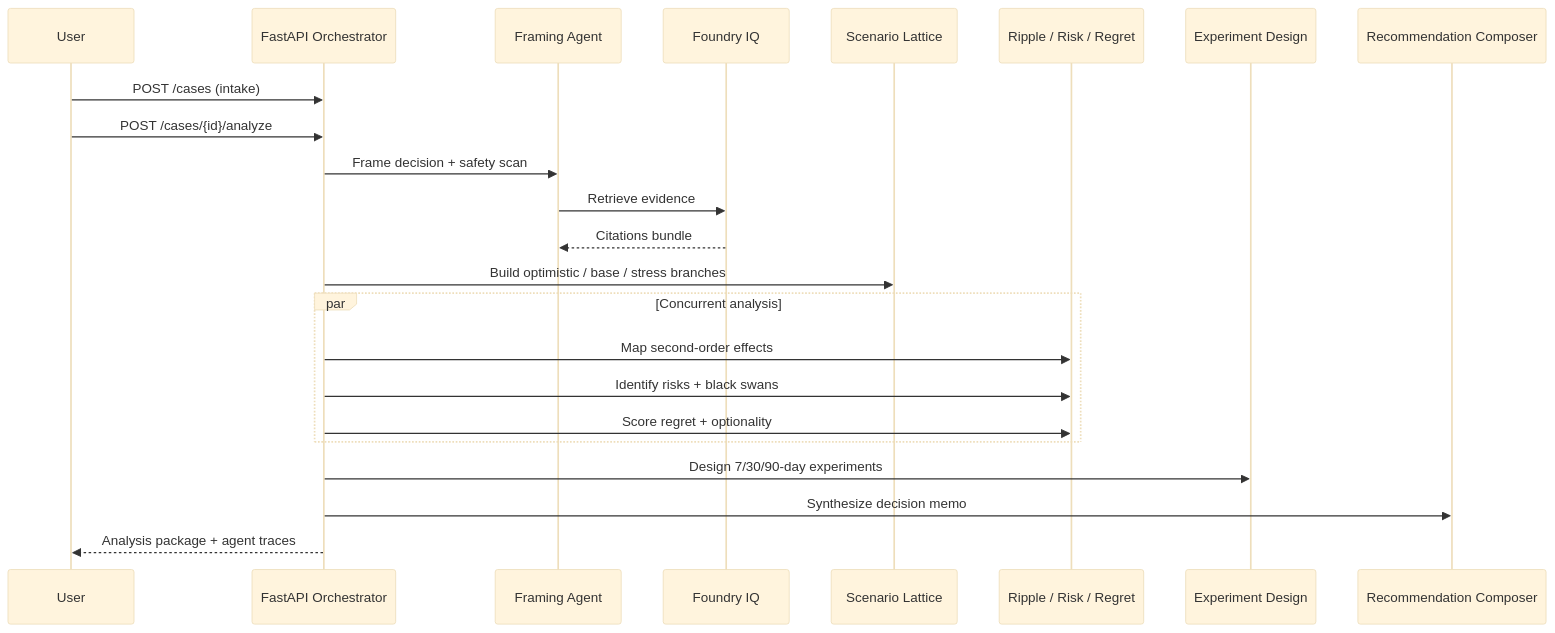
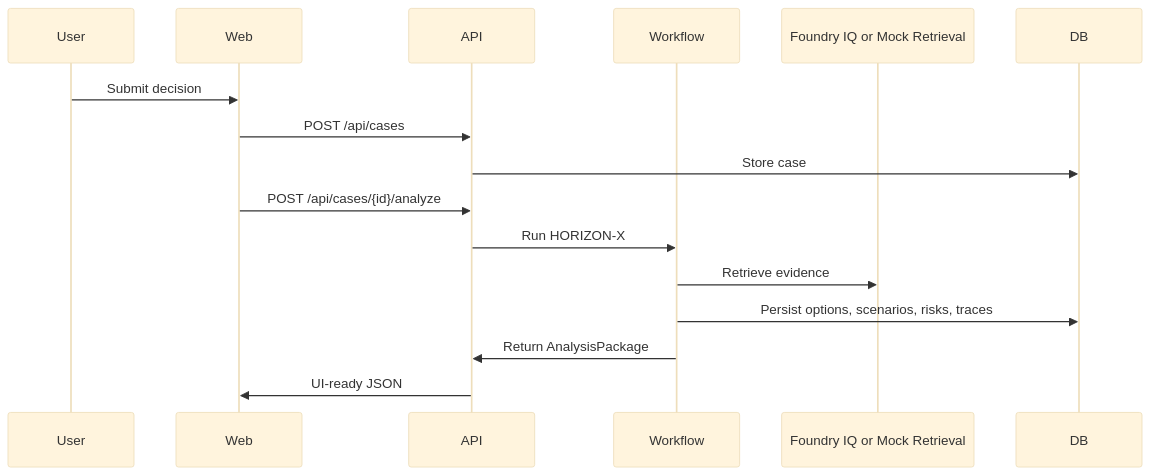
Before and after one commit to mehulnikumbh19/hxrizxn-ai: the diagram in docs/architecture.md, drawn with Mermaid (base theme). The commit also changed other lines of this file and 95 other files, not shown here.

````diff
--- a/docs/architecture.md
+++ b/docs/architecture.md
@@ -39,26 +16,18 @@
 ```mermaid
 sequenceDiagram
-    participant User
-    participant API as FastAPI Orchestrator
-    participant Frame as Framing Agent
-    participant IQ as Foundry IQ
-    participant Scenarios as Scenario Lattice
-    participant Ripple as Ripple / Risk / Regret
-    participant Exp as Experiment Design
-    participant Composer as Recommendation Composer
-
-    User->>API: POST /cases (intake)
-    User->>API: POST /cases/{id}/analyze
-    API->>Frame: Frame decision + safety scan
-    Frame->>IQ: Retrieve evidence
-    IQ-->>Frame: Citations bundle
-    API->>Scenarios: Build optimistic / base / stress branches
-    par Concurrent analysis
-        API->>Ripple: Map second-order effects
-        API->>Ripple: Identify risks + black swans
-        API->>Ripple: Score regret + optionality
-    end
-    API->>Exp: Design 7/30/90-day experiments
-    API->>Composer: Synthesize decision memo
-    API-->>User: Analysis package + agent traces
+  participant User
+  participant Web
+  participant API
+  participant Workflow
+  participant IQ as Foundry IQ or Mock Retrieval
+  participant DB
+  User->>Web: Submit decision
+  Web->>API: POST /api/cases
+  API->>DB: Store case
+  Web->>API: POST /api/cases/{id}/analyze
+  API->>Workflow: Run HORIZON-X
+  Workflow->>IQ: Retrieve evidence
+  Workflow->>DB: Persist options, scenarios, risks, traces
+  Workflow->>API: Return AnalysisPackage
+  API->>Web: UI-ready JSON
 ```
````
